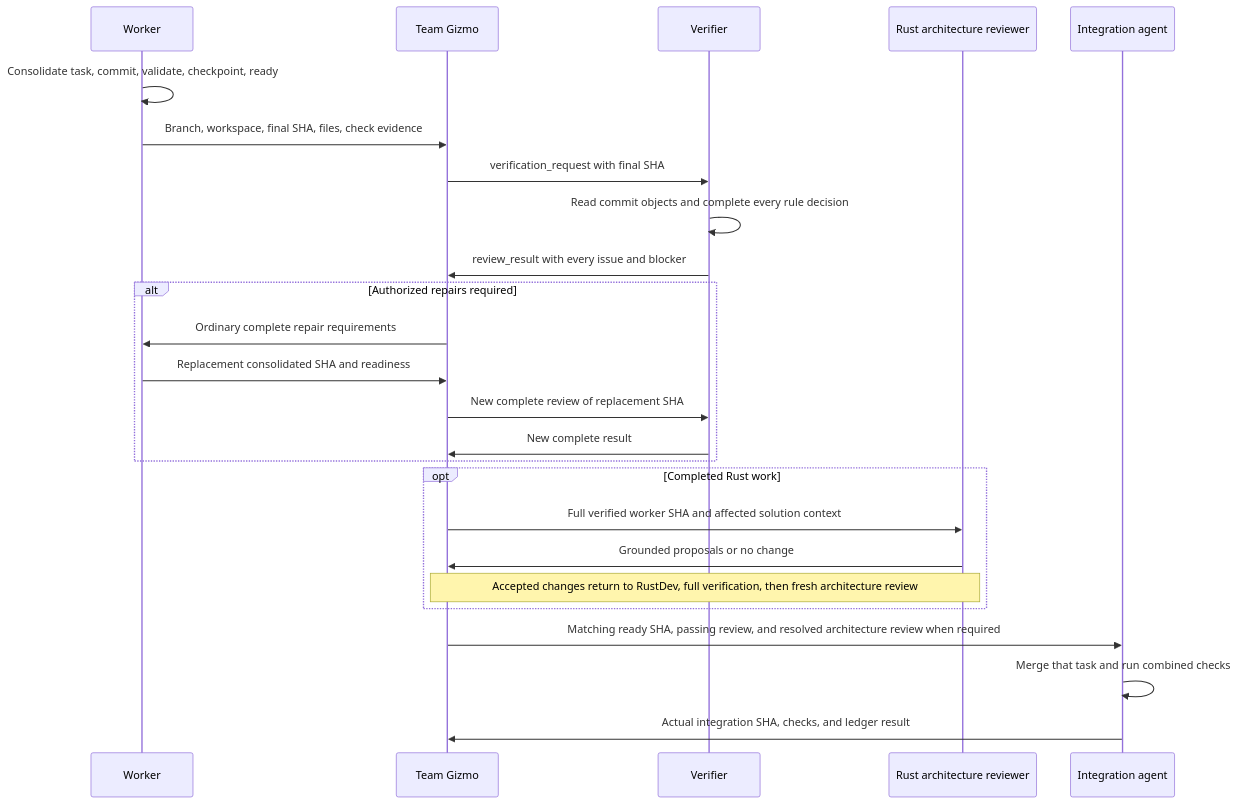
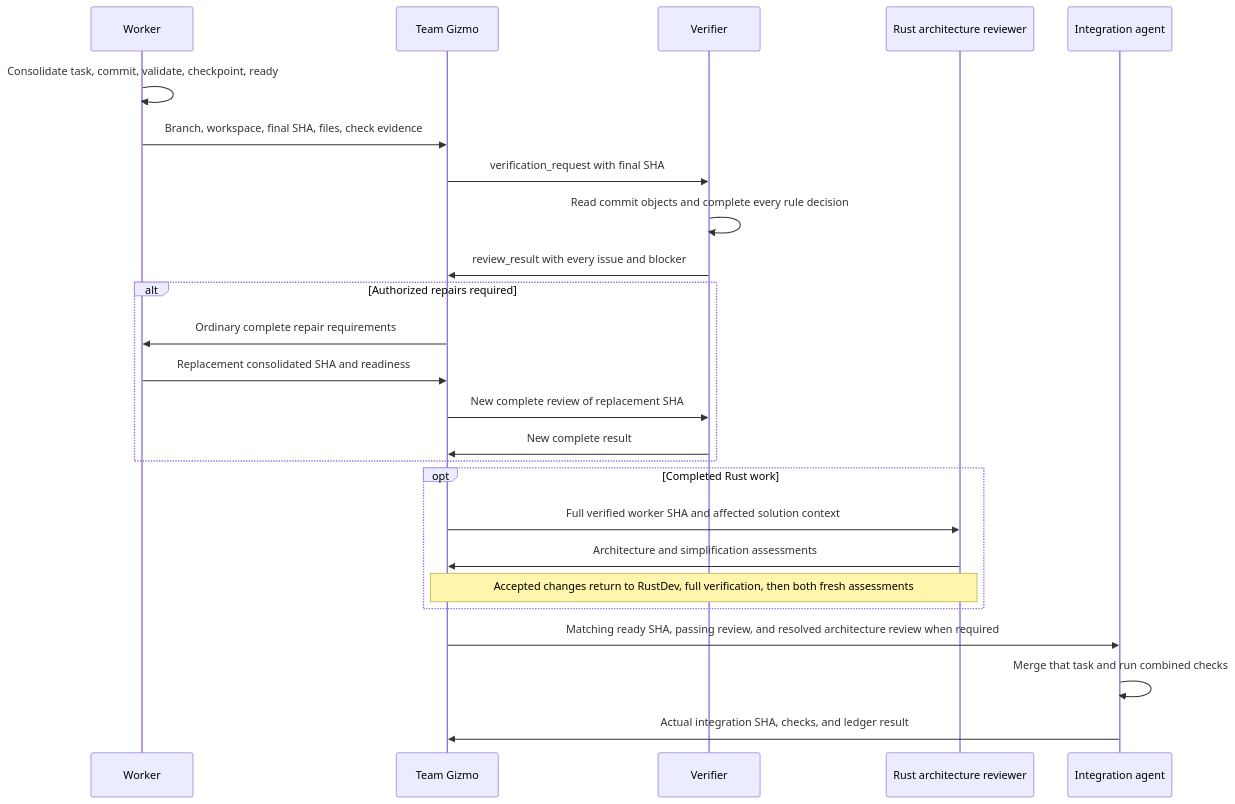
One commit to ai-ai-ai-ai-ai-ai-ai/meta-cortex changed the diagram in cortex/teams/gizmo-team/docs/agent-verification.md. Above: the diagram before and after it, drawn with Mermaid. The commit also changed other lines of this file and 7 other files, not shown here.

Commit message:
Add Simplificator assessment to Rust architecture review

````diff
--- a/cortex/teams/gizmo-team/docs/agent-verification.md
+++ b/cortex/teams/gizmo-team/docs/agent-verification.md
@@ -11,27 +11,27 @@
 ```mermaid
 sequenceDiagram
     participant D as Worker
     participant G as Team Gizmo
     participant V as Verifier
     participant A as Rust architecture reviewer
     participant I as Integration agent
     D->>D: Consolidate task, commit, validate, checkpoint, ready
     D->>G: Branch, workspace, final SHA, files, check evidence
     G->>V: verification_request with final SHA
     V->>V: Read commit objects and complete every rule decision
     V->>G: review_result with every issue and blocker
     alt Authorized repairs required
         G->>D: Ordinary complete repair requirements
         D->>G: Replacement consolidated SHA and readiness
         G->>V: New complete review of replacement SHA
         V->>G: New complete result
     end
     opt Completed Rust work
         G->>A: Full verified worker SHA and affected solution context
-        A->>G: Grounded proposals or no change
-        Note over G,A: Accepted changes return to RustDev, full verification, then fresh architecture review
+        A->>G: Architecture and simplification assessments
+        Note over G,A: Accepted changes return to RustDev, full verification, then both fresh assessments
     end
     G->>I: Matching ready SHA, passing review, and resolved architecture review when required
     I->>I: Merge that task and run combined checks
     I->>G: Actual integration SHA, checks, and ledger result
 ```
````
